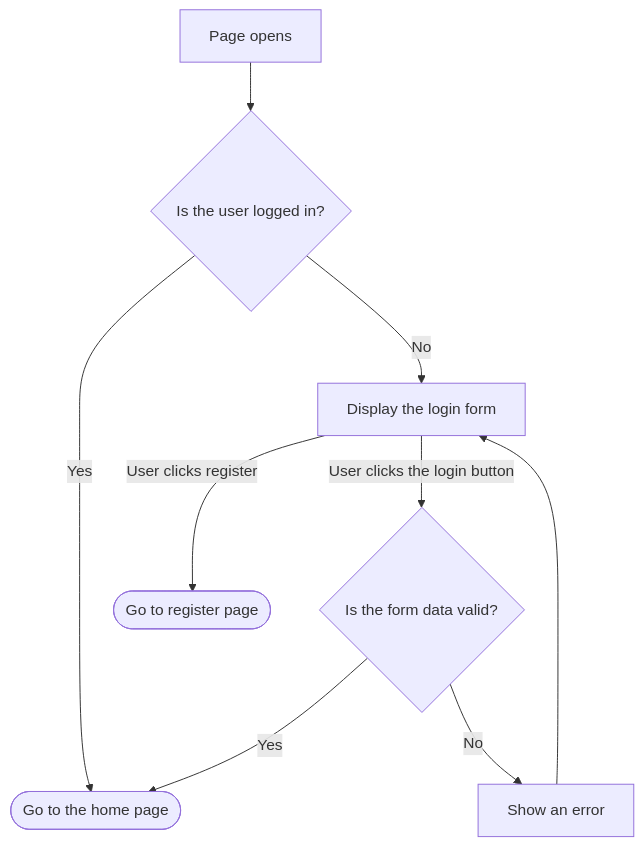
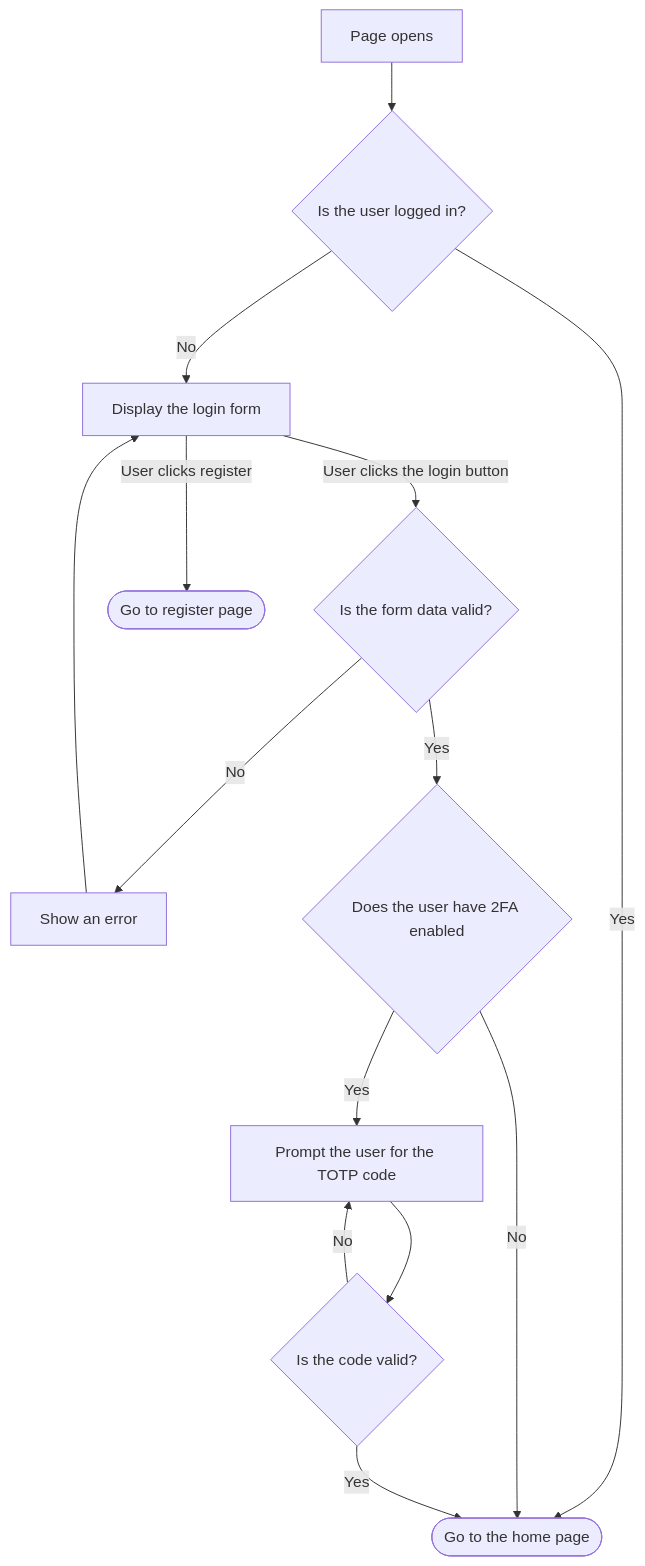
One commit to AaravMalani/specs changed the diagram in flows/LOGIN.md. Above: the diagram before and after it, drawn with Mermaid.

Commit message:
chore(flows): add 2FA to flowchart

````diff
--- a/flows/LOGIN.md
+++ b/flows/LOGIN.md
@@ -4,19 +4,29 @@
 ```mermaid
 flowchart TD
 
     A[Page opens] --> B{Is the user logged in?}
 
     B -->|Yes| C([Go to the home page])
 
     B -->|No| D[Display the login form]
 
     D -->|User clicks the login button| E{Is the form data valid?}
 
     E -->|No| F[Show an error]
 
+    E -->|Yes| H{Does the user have 2FA enabled}
+
+    H -->|Yes| I[Prompt the user for the TOTP code]
+
+    H -->|No| C
+
+    I --> J{Is the code valid?}
+
+    J -->|Yes| C
+
+    J -->|No| I
+
     F --> D
-
-    E -->|Yes| C
 
     D -->|User clicks register| G([Go to register page])
 ```
````
